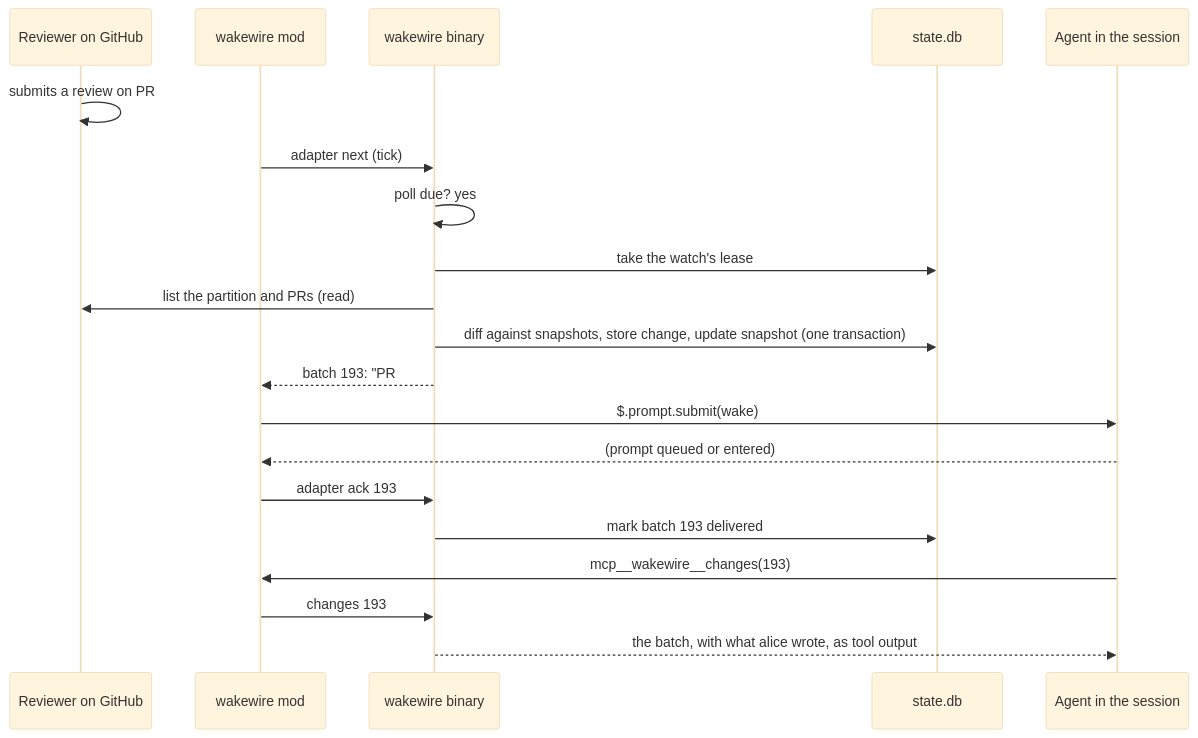
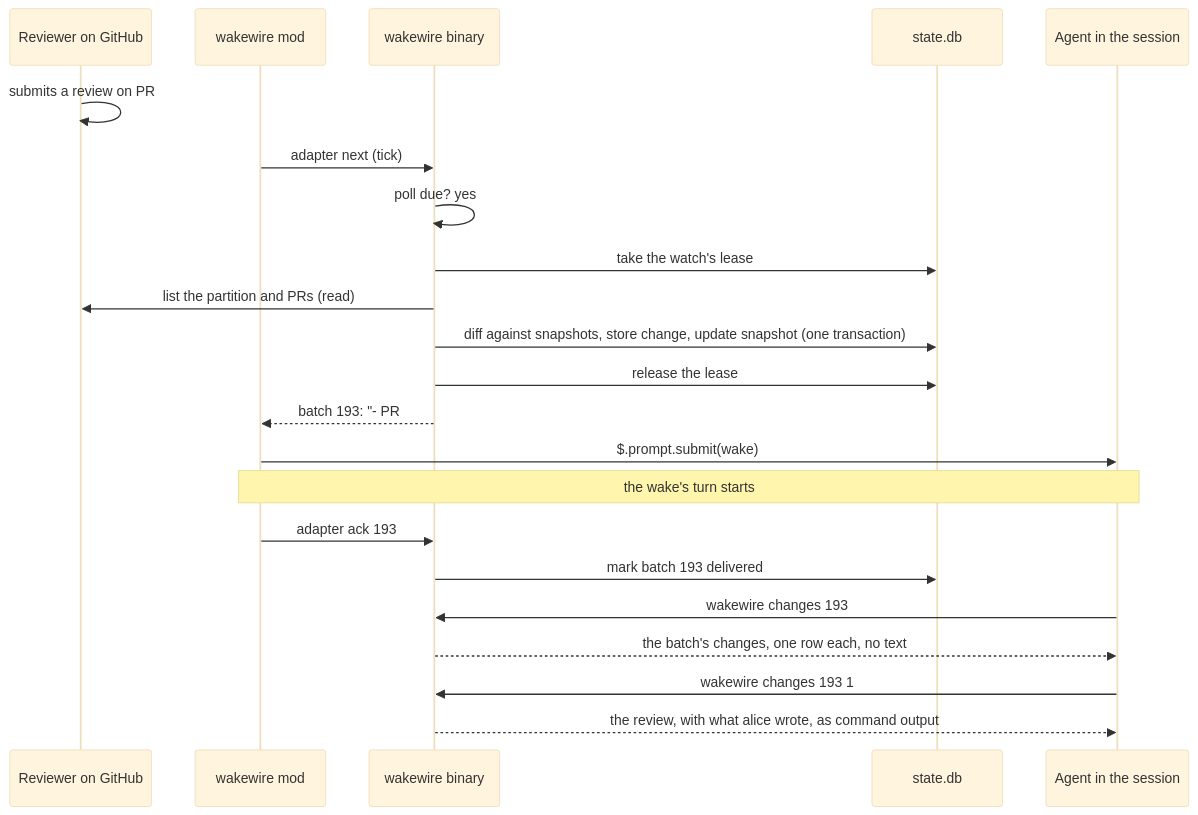
The second of 3 diagrams in docs/explanation/how-wakewire-works.md (gperezmz/wakewire), drawn with Mermaid (base theme) before and after one commit. The commit also changed other lines of this file and 106 other files, not shown here.

````diff
--- a/docs/explanation/how-wakewire-works.md
+++ b/docs/explanation/how-wakewire-works.md
@@ -34,23 +34,25 @@
 ```mermaid
 sequenceDiagram
   participant You as Reviewer on GitHub
   participant Mod as wakewire mod
   participant Bin as wakewire binary
   participant DB as state.db
   participant Agent as Agent in the session
 
   You->>You: submits a review on PR #41
   Mod->>Bin: adapter next (tick)
   Bin->>Bin: poll due? yes
   Bin->>DB: take the watch's lease
   Bin->>You: list the partition and PRs (read)
   Bin->>DB: diff against snapshots, store change, update snapshot (one transaction)
-  Bin-->>Mod: batch 193: "PR #41: review (changes requested) by alice"
+  Bin->>DB: release the lease
+  Bin-->>Mod: batch 193: "- PR #41: review, changes requested, by alice"
   Mod->>Agent: $.prompt.submit(wake)
-  Agent-->>Mod: (prompt queued or entered)
+  Note over Mod,Agent: the wake's turn starts
   Mod->>Bin: adapter ack 193
   Bin->>DB: mark batch 193 delivered
-  Agent->>Mod: mcp__wakewire__changes(193)
-  Mod->>Bin: changes 193
-  Bin-->>Agent: the batch, with what alice wrote, as tool output
+  Agent->>Bin: wakewire changes 193
+  Bin-->>Agent: the batch's changes, one row each, no text
+  Agent->>Bin: wakewire changes 193 1
+  Bin-->>Agent: the review, with what alice wrote, as command output
 ```
````
